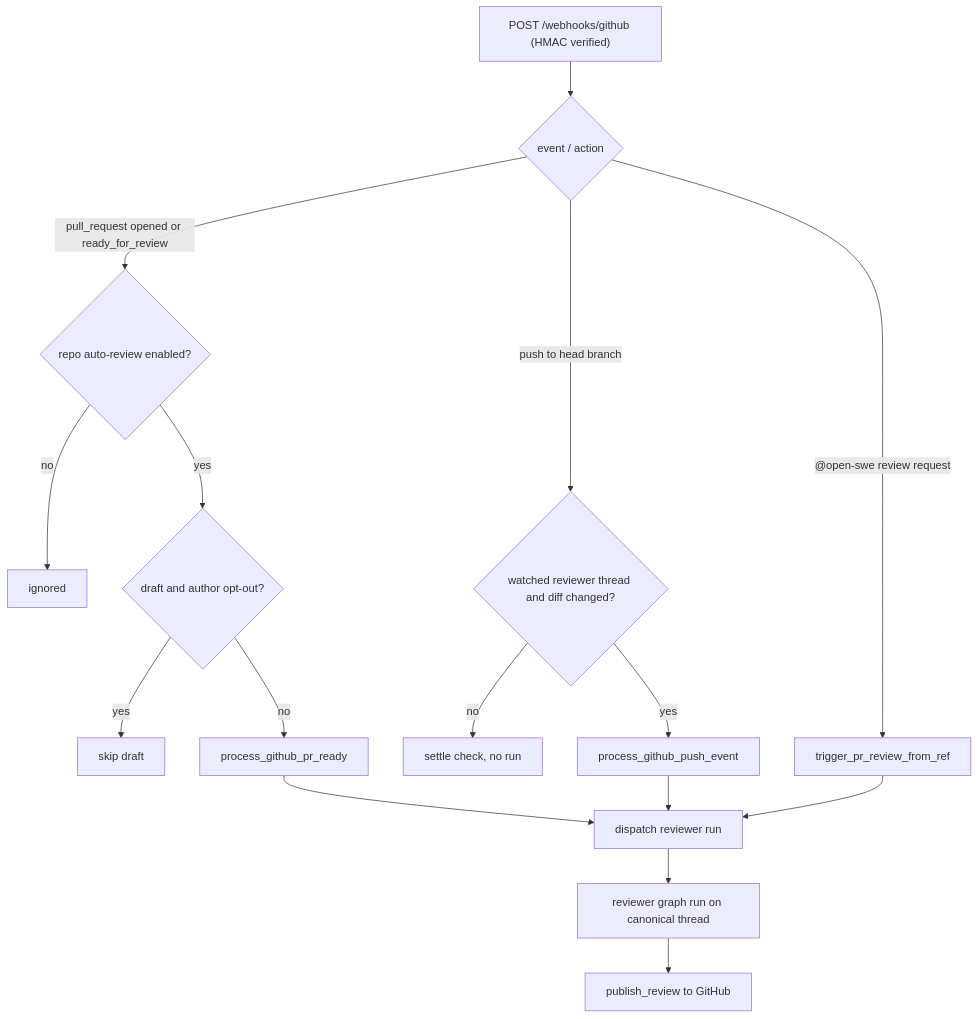
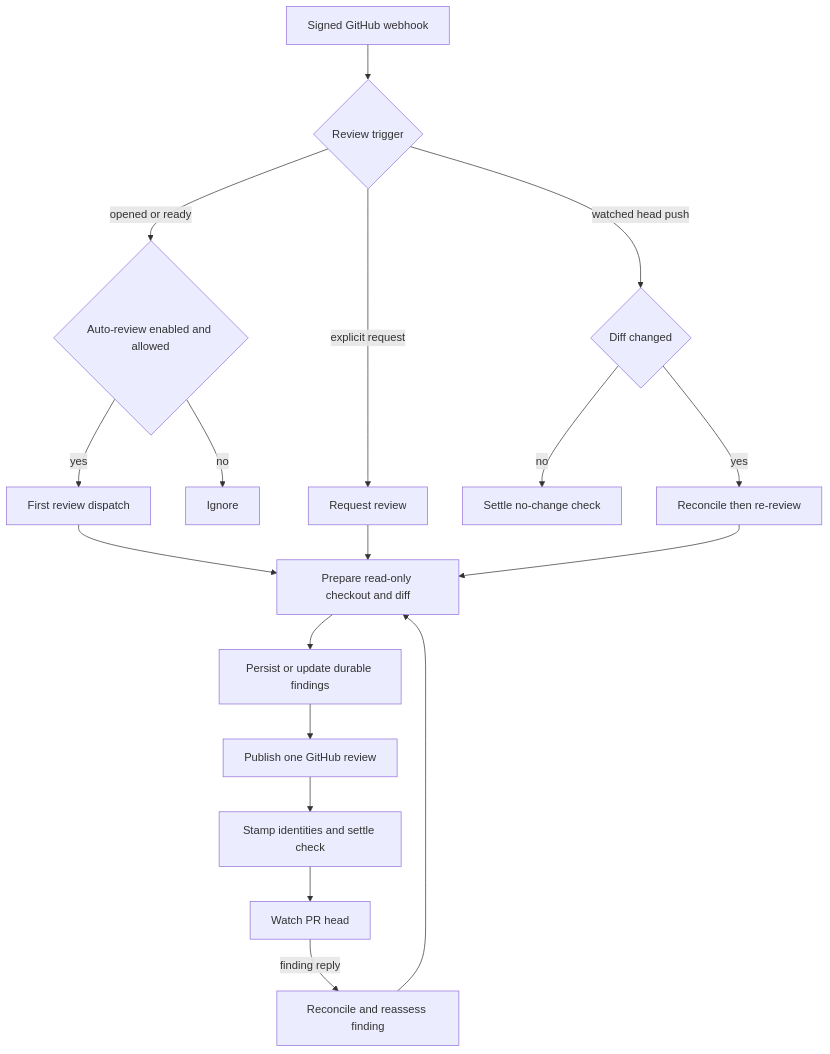
Before and after one commit to langchain-ai/open-swe: the diagram in openwiki/workflows/pr-review.md, drawn with Mermaid. The commit also changed other lines of this file and 52 other files, not shown here.

Commit message:
docs(repo): update OpenWiki

````diff
--- a/openwiki/workflows/pr-review.md
+++ b/openwiki/workflows/pr-review.md
@@ -75,18 +49,20 @@
 ```mermaid
 flowchart TD
-  WH["POST /webhooks/github (HMAC verified)"] --> EV{"event / action"}
-  EV -->|"pull_request opened or ready_for_review"| GATE{"repo auto-review enabled?"}
-  GATE -->|no| SKIP1["ignored"]
-  GATE -->|yes| DRAFT{"draft and author opt-out?"}
-  DRAFT -->|yes| SKIP2["skip draft"]
-  DRAFT -->|no| FIRST["process_github_pr_ready"]
-  EV -->|"push to head branch"| WATCH{"watched reviewer thread and diff changed?"}
-  WATCH -->|no| SETTLE["settle check, no run"]
-  WATCH -->|yes| RE["process_github_push_event"]
-  EV -->|"@open-swe review request"| REQ["trigger_pr_review_from_ref"]
-  FIRST --> DISPATCH["dispatch reviewer run"]
-  RE --> DISPATCH
-  REQ --> DISPATCH
-  DISPATCH --> RUN["reviewer graph run on canonical thread"]
-  RUN --> PUB["publish_review to GitHub"]
+  Hook["Signed GitHub webhook"] --> Trigger{"Review trigger"}
+  Trigger -->|"opened or ready"| Gate{"Auto-review enabled and allowed"}
+  Gate -->|"yes"| First["First review dispatch"]
+  Gate -->|"no"| Stop["Ignore"]
+  Trigger -->|"explicit request"| Request["Request review"]
+  Trigger -->|"watched head push"| Push{"Diff changed"}
+  Push -->|"no"| NoChange["Settle no-change check"]
+  Push -->|"yes"| ReReview["Reconcile then re-review"]
+  First --> Prepare["Prepare read-only checkout and diff"]
+  Request --> Prepare
+  ReReview --> Prepare
+  Prepare --> Findings["Persist or update durable findings"]
+  Findings --> Publish["Publish one GitHub review"]
+  Publish --> GitHub["Stamp identities and settle check"]
+  GitHub --> Watch["Watch PR head"]
+  Watch -->|"finding reply"| Reply["Reconcile and reassess finding"]
+  Reply --> Prepare
 ```
````
